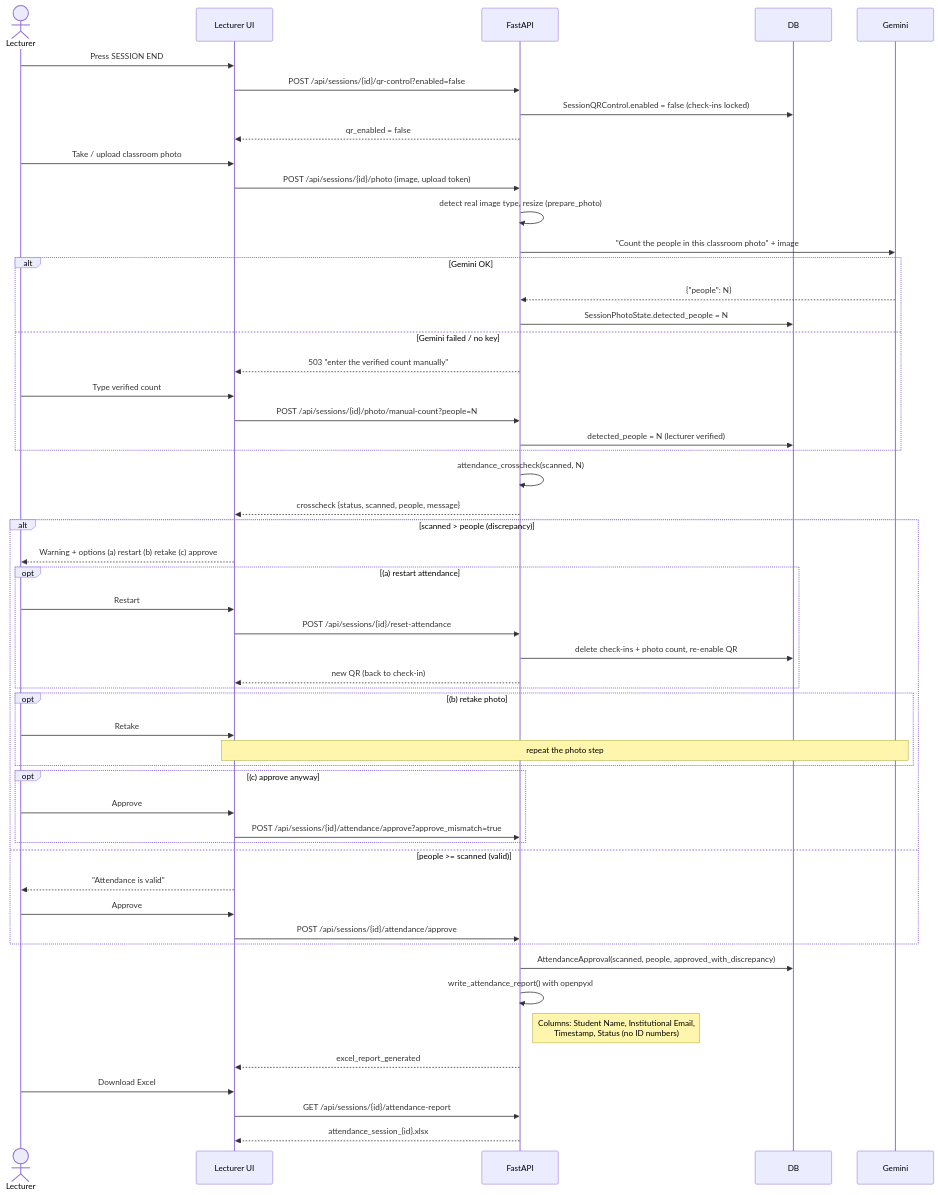
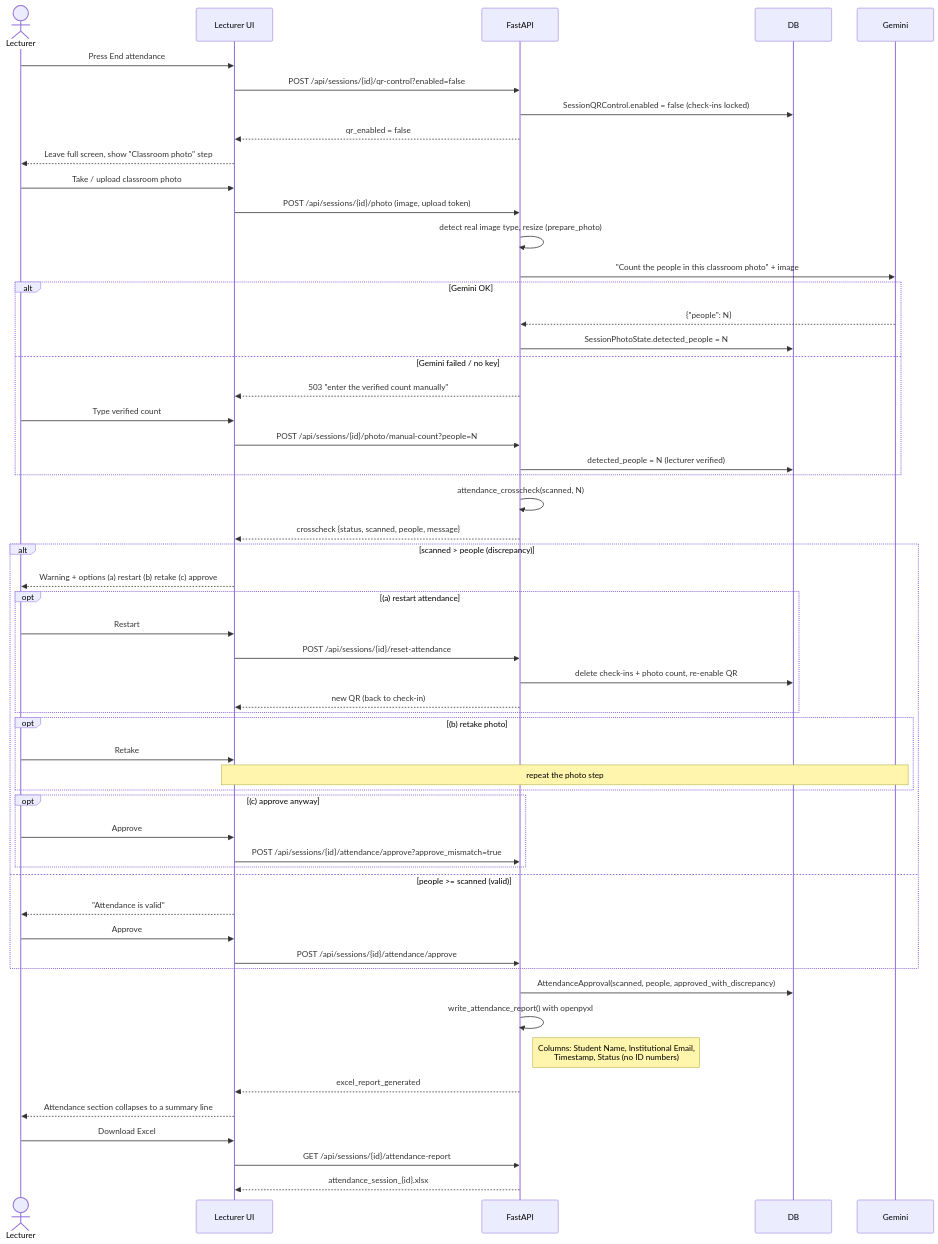
The third of 6 diagrams in Documents/Sequence Diagrams.md (YairCohen3/OOP-Ex2), drawn with Mermaid before and after one commit. The commit also changed other lines of this file and 21 other files, not shown here.

````diff
--- a/Documents/Sequence Diagrams.md
+++ b/Documents/Sequence Diagrams.md
@@ -94,59 +96,61 @@
 ```mermaid
 sequenceDiagram
     actor L as Lecturer
     participant LUI as Lecturer UI
     participant API as FastAPI
     participant DB as DB
     participant G as Gemini
 
-    L->>LUI: Press SESSION END
+    L->>LUI: Press End attendance
     LUI->>API: POST /api/sessions/{id}/qr-control?enabled=false
     API->>DB: SessionQRControl.enabled = false (check-ins locked)
     API-->>LUI: qr_enabled = false
+    LUI-->>L: Leave full screen, show "Classroom photo" step
 
     L->>LUI: Take / upload classroom photo
     LUI->>API: POST /api/sessions/{id}/photo (image, upload token)
     API->>API: detect real image type, resize (prepare_photo)
     API->>G: "Count the people in this classroom photo" + image
     alt Gemini OK
         G-->>API: {"people": N}
         API->>DB: SessionPhotoState.detected_people = N
     else Gemini failed / no key
         API-->>LUI: 503 "enter the verified count manually"
         L->>LUI: Type verified count
         LUI->>API: POST /api/sessions/{id}/photo/manual-count?people=N
         API->>DB: detected_people = N (lecturer verified)
     end
     API->>API: attendance_crosscheck(scanned, N)
     API-->>LUI: crosscheck {status, scanned, people, message}
 
     alt scanned > people (discrepancy)
         LUI-->>L: Warning + options (a) restart (b) retake (c) approve
         opt (a) restart attendance
             L->>LUI: Restart
             LUI->>API: POST /api/sessions/{id}/reset-attendance
             API->>DB: delete check-ins + photo count, re-enable QR
             API-->>LUI: new QR (back to check-in)
         end
         opt (b) retake photo
             L->>LUI: Retake
             Note over LUI,G: repeat the photo step
         end
         opt (c) approve anyway
             L->>LUI: Approve
             LUI->>API: POST /api/sessions/{id}/attendance/approve?approve_mismatch=true
         end
     else people >= scanned (valid)
         LUI-->>L: "Attendance is valid"
         L->>LUI: Approve
         LUI->>API: POST /api/sessions/{id}/attendance/approve
     end
 
     API->>DB: AttendanceApproval(scanned, people, approved_with_discrepancy)
     API->>API: write_attendance_report() with openpyxl
     Note right of API: Columns: Student Name, Institutional Email,<br/>Timestamp, Status (no ID numbers)
     API-->>LUI: excel_report_generated
+    LUI-->>L: Attendance section collapses to a summary line
     L->>LUI: Download Excel
     LUI->>API: GET /api/sessions/{id}/attendance-report
     API-->>LUI: attendance_session_{id}.xlsx
 ```
````
